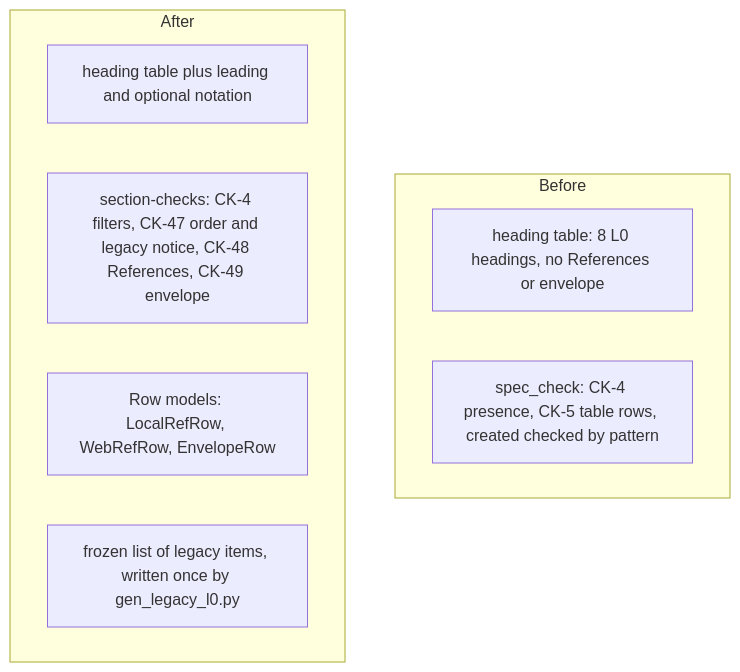
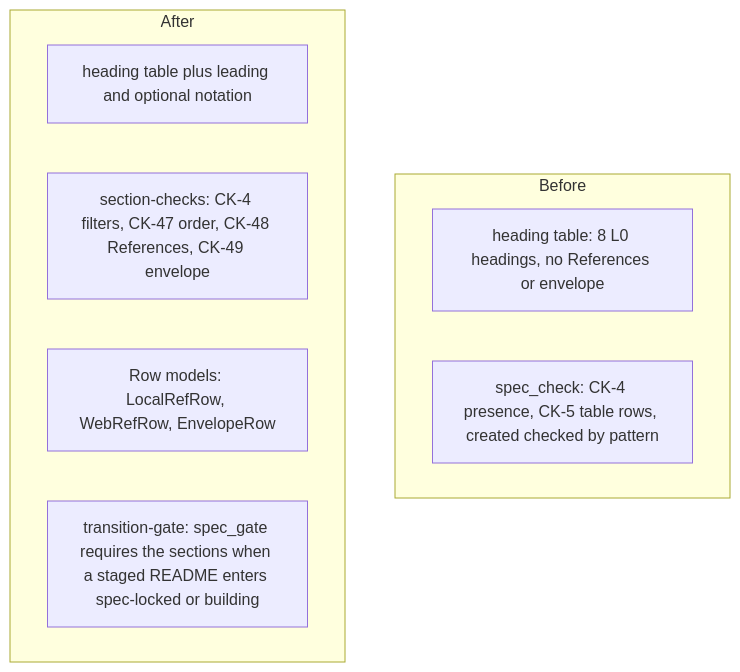
The diagram in docs/work/spec-references-envelope/components.md (sibulus13/claudence), drawn with Mermaid before and after one commit. The commit also changed other lines of this file and 2 other files, not shown here.

First line of the commit message:
docs(work): spec-references-envelope scope cut: bind on the commit's status transition, drop the exemption list

````diff
--- a/docs/work/spec-references-envelope/components.md
+++ b/docs/work/spec-references-envelope/components.md
@@ -3,13 +3,13 @@
 ```mermaid
 flowchart TD
   subgraph Before
     B1[heading table: 8 L0 headings, no References or envelope]
     B2[spec_check: CK-4 presence, CK-5 table rows, created checked by pattern]
   end
   subgraph After
     A1[heading table plus leading and optional notation]
-    A2[section-checks: CK-4 filters, CK-47 order and legacy notice, CK-48 References, CK-49 envelope]
+    A2[section-checks: CK-4 filters, CK-47 order, CK-48 References, CK-49 envelope]
     A3[Row models: LocalRefRow, WebRefRow, EnvelopeRow]
-    A4[frozen list of legacy items, written once by gen_legacy_l0.py]
+    A4[transition-gate: spec_gate requires the sections when a staged README enters spec-locked or building]
   end
 ```
````
